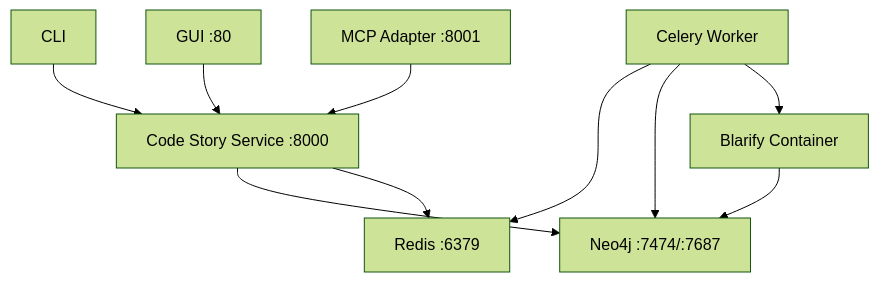
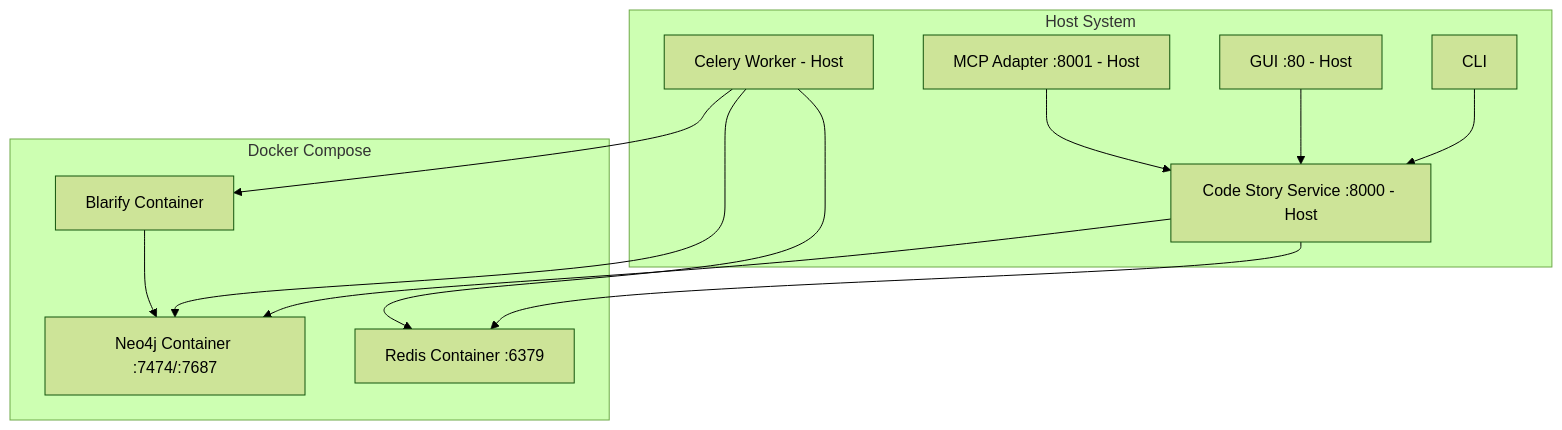
One commit to rysweet/code-story changed the diagram in specs/17-host-native-architecture/host-native-architecture.md. Above: the diagram before and after it, drawn with Mermaid (forest theme). The commit also changed other lines of this file and 86 other files, not shown here.

````diff
--- a/specs/17-host-native-architecture/host-native-architecture.md
+++ b/specs/17-host-native-architecture/host-native-architecture.md
@@ -26,12 +39,26 @@
 ```mermaid
 graph TD
-    CLI[CLI] --> Service[Code Story Service :8000]
-    GUI[GUI :80] --> Service
-    MCP[MCP Adapter :8001] --> Service
-    Service --> Neo4j[Neo4j :7474/:7687]
-    Service --> Redis[Redis :6379]
-    Worker[Celery Worker] --> Redis
+    CLI[CLI] --> Service[Code Story Service :8000 - Host]
+    GUI[GUI :80 - Host] --> Service
+    MCP[MCP Adapter :8001 - Host] --> Service
+    Service --> Neo4j[Neo4j Container :7474/:7687]
+    Service --> Redis[Redis Container :6379]
+    Worker[Celery Worker - Host] --> Redis
     Worker --> Neo4j
     Worker --> Blarify[Blarify Container]
     Blarify --> Neo4j
+    
+    subgraph "Docker Compose"
+        Neo4j
+        Redis
+        Blarify
+    end
+    
+    subgraph "Host System"
+        CLI
+        GUI
+        Service
+        Worker
+        MCP
+    end
 ```
````
